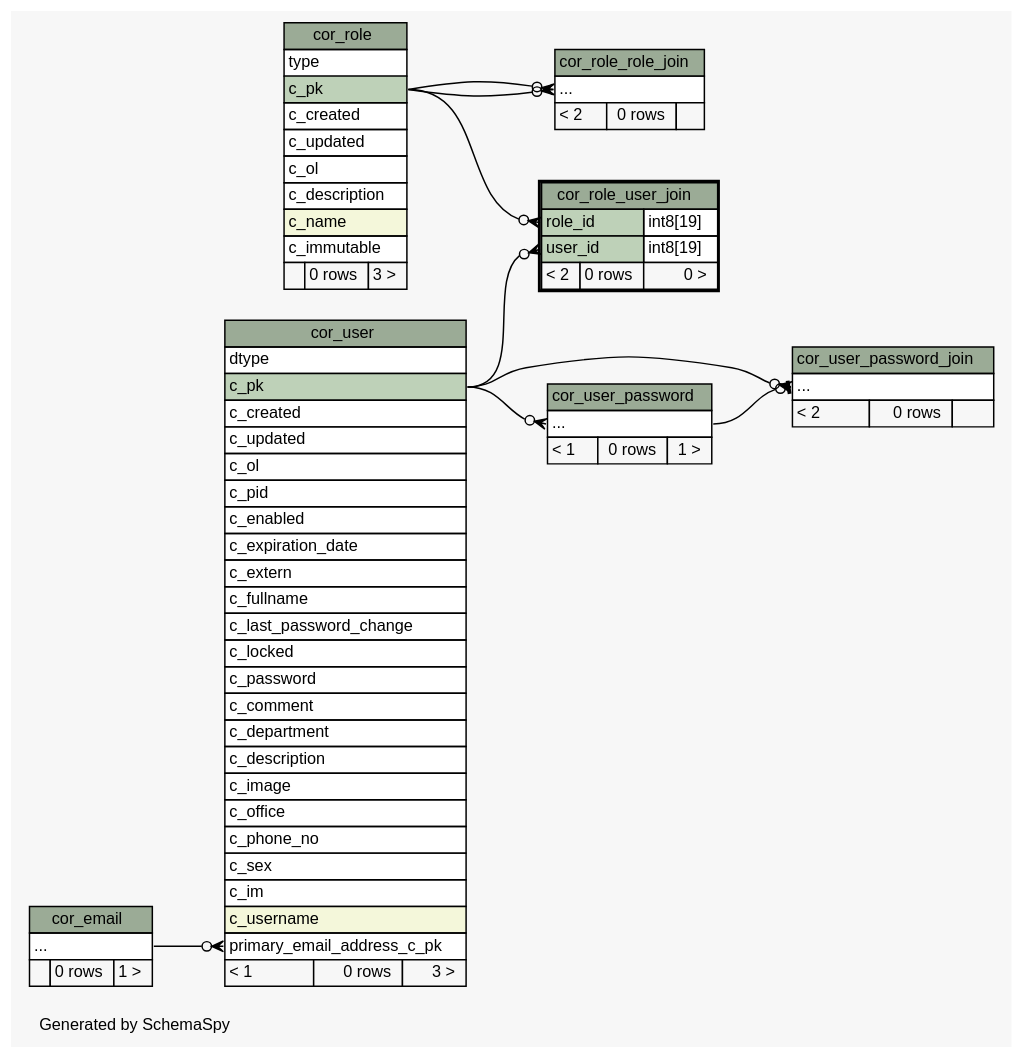
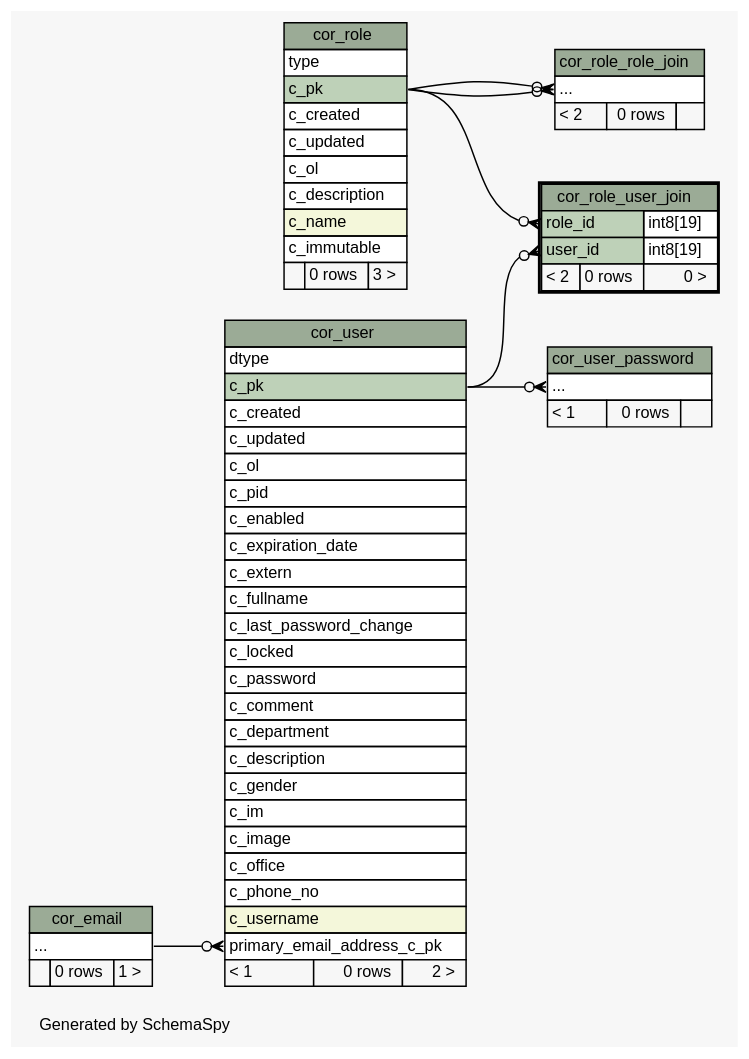
The diagram in schemaspy/diagrams/cor_role_user_join.2degrees.dot (openwms/org.openwms.core.uaa), drawn with Graphviz before and after one commit. The commit also changed 331 other files, not shown here.

```diff
--- a/schemaspy/diagrams/cor_role_user_join.2degrees.dot
+++ b/schemaspy/diagrams/cor_role_user_join.2degrees.dot
@@ -1,130 +1,118 @@
-// dot 2.36.0 on Linux 4.4.0-101-generic
+// dot 2.38.0 on Linux 4.15.0-1055-gcp
 // SchemaSpy rev Unknown
 digraph "twoDegreesRelationshipsDiagram" {
   graph [
     rankdir="RL"
     bgcolor="#f7f7f7"
     label="\nGenerated by SchemaSpy"
     labeljust="l"
     nodesep="0.18"
     ranksep="0.46"
     fontname="Helvetica"
     fontsize="11"
   ];
   node [
     fontname="Helvetica"
     fontsize="11"
     shape="plaintext"
   ];
   edge [
     arrowsize="0.8"
   ];
   "cor_role_role_join":"elipses":w -> "cor_role":"c_pk":e [arrowhead=none dir=back arrowtail=crowodot];
   "cor_role_role_join":"elipses":w -> "cor_role":"c_pk":e [arrowhead=none dir=back arrowtail=crowodot];
   "cor_role_user_join":"role_id":w -> "cor_role":"c_pk":e [arrowhead=none dir=back arrowtail=crowodot];
   "cor_role_user_join":"user_id":w -> "cor_user":"c_pk":e [arrowhead=none dir=back arrowtail=crowodot];
   "cor_user":"primary_email_address_c_pk":w -> "cor_email":"elipses":e [arrowhead=none dir=back arrowtail=crowodot];
   "cor_user_password":"elipses":w -> "cor_user":"c_pk":e [arrowhead=none dir=back arrowtail=crowodot];
-  "cor_user_password_join":"elipses":w -> "cor_user_password":"elipses":e [arrowhead=none dir=back arrowtail=teeodot];
-  "cor_user_password_join":"elipses":w -> "cor_user":"c_pk":e [arrowhead=none dir=back arrowtail=crowodot];
   "cor_email" [
     label=<
     <TABLE BORDER="0" CELLBORDER="1" CELLSPACING="0" BGCOLOR="#ffffff">
       <TR><TD COLSPAN="3" BGCOLOR="#9bab96" ALIGN="CENTER">cor_email</TD></TR>
       <TR><TD PORT="elipses" COLSPAN="3" ALIGN="LEFT">...</TD></TR>
       <TR><TD ALIGN="LEFT" BGCOLOR="#f7f7f7">  </TD><TD ALIGN="RIGHT" BGCOLOR="#f7f7f7">0 rows</TD><TD ALIGN="RIGHT" BGCOLOR="#f7f7f7">1 &gt;</TD></TR>
     </TABLE>>
     URL="cor_email.html"
     tooltip="cor_email"
   ];
   "cor_role" [
     label=<
     <TABLE BORDER="0" CELLBORDER="1" CELLSPACING="0" BGCOLOR="#ffffff">
       <TR><TD COLSPAN="3" BGCOLOR="#9bab96" ALIGN="CENTER">cor_role</TD></TR>
       <TR><TD PORT="type" COLSPAN="3" ALIGN="LEFT">type</TD></TR>
       <TR><TD PORT="c_pk" COLSPAN="3" BGCOLOR="#bed1b8" ALIGN="LEFT">c_pk</TD></TR>
       <TR><TD PORT="c_created" COLSPAN="3" ALIGN="LEFT">c_created</TD></TR>
       <TR><TD PORT="c_updated" COLSPAN="3" ALIGN="LEFT">c_updated</TD></TR>
       <TR><TD PORT="c_ol" COLSPAN="3" ALIGN="LEFT">c_ol</TD></TR>
       <TR><TD PORT="c_description" COLSPAN="3" ALIGN="LEFT">c_description</TD></TR>
       <TR><TD PORT="c_name" COLSPAN="3" BGCOLOR="#f4f7da" ALIGN="LEFT">c_name</TD></TR>
       <TR><TD PORT="c_immutable" COLSPAN="3" ALIGN="LEFT">c_immutable</TD></TR>
       <TR><TD ALIGN="LEFT" BGCOLOR="#f7f7f7">  </TD><TD ALIGN="RIGHT" BGCOLOR="#f7f7f7">0 rows</TD><TD ALIGN="RIGHT" BGCOLOR="#f7f7f7">3 &gt;</TD></TR>
     </TABLE>>
     URL="cor_role.html"
     tooltip="cor_role"
   ];
   "cor_role_role_join" [
     label=<
     <TABLE BORDER="0" CELLBORDER="1" CELLSPACING="0" BGCOLOR="#ffffff">
       <TR><TD COLSPAN="3" BGCOLOR="#9bab96" ALIGN="CENTER">cor_role_role_join</TD></TR>
       <TR><TD PORT="elipses" COLSPAN="3" ALIGN="LEFT">...</TD></TR>
       <TR><TD ALIGN="LEFT" BGCOLOR="#f7f7f7">&lt; 2</TD><TD ALIGN="RIGHT" BGCOLOR="#f7f7f7">0 rows</TD><TD ALIGN="RIGHT" BGCOLOR="#f7f7f7">  </TD></TR>
     </TABLE>>
     URL="cor_role_role_join.html"
     tooltip="cor_role_role_join"
   ];
   "cor_role_user_join" [
     label=<
     <TABLE BORDER="2" CELLBORDER="1" CELLSPACING="0" BGCOLOR="#ffffff">
       <TR><TD COLSPAN="3" BGCOLOR="#9bab96" ALIGN="CENTER">cor_role_user_join</TD></TR>
       <TR><TD PORT="role_id" COLSPAN="2" BGCOLOR="#bed1b8" ALIGN="LEFT">role_id</TD><TD PORT="role_id.type" ALIGN="LEFT">int8[19]</TD></TR>
       <TR><TD PORT="user_id" COLSPAN="2" BGCOLOR="#bed1b8" ALIGN="LEFT">user_id</TD><TD PORT="user_id.type" ALIGN="LEFT">int8[19]</TD></TR>
       <TR><TD ALIGN="LEFT" BGCOLOR="#f7f7f7">&lt; 2</TD><TD ALIGN="RIGHT" BGCOLOR="#f7f7f7">0 rows</TD><TD ALIGN="RIGHT" BGCOLOR="#f7f7f7">0 &gt;</TD></TR>
     </TABLE>>
     URL="cor_role_user_join.html"
     tooltip="cor_role_user_join"
   ];
   "cor_user" [
     label=<
     <TABLE BORDER="0" CELLBORDER="1" CELLSPACING="0" BGCOLOR="#ffffff">
       <TR><TD COLSPAN="3" BGCOLOR="#9bab96" ALIGN="CENTER">cor_user</TD></TR>
       <TR><TD PORT="dtype" COLSPAN="3" ALIGN="LEFT">dtype</TD></TR>
       <TR><TD PORT="c_pk" COLSPAN="3" BGCOLOR="#bed1b8" ALIGN="LEFT">c_pk</TD></TR>
       <TR><TD PORT="c_created" COLSPAN="3" ALIGN="LEFT">c_created</TD></TR>
       <TR><TD PORT="c_updated" COLSPAN="3" ALIGN="LEFT">c_updated</TD></TR>
       <TR><TD PORT="c_ol" COLSPAN="3" ALIGN="LEFT">c_ol</TD></TR>
       <TR><TD PORT="c_pid" COLSPAN="3" ALIGN="LEFT">c_pid</TD></TR>
       <TR><TD PORT="c_enabled" COLSPAN="3" ALIGN="LEFT">c_enabled</TD></TR>
       <TR><TD PORT="c_expiration_date" COLSPAN="3" ALIGN="LEFT">c_expiration_date</TD></TR>
       <TR><TD PORT="c_extern" COLSPAN="3" ALIGN="LEFT">c_extern</TD></TR>
       <TR><TD PORT="c_fullname" COLSPAN="3" ALIGN="LEFT">c_fullname</TD></TR>
       <TR><TD PORT="c_last_password_change" COLSPAN="3" ALIGN="LEFT">c_last_password_change</TD></TR>
       <TR><TD PORT="c_locked" COLSPAN="3" ALIGN="LEFT">c_locked</TD></TR>
       <TR><TD PORT="c_password" COLSPAN="3" ALIGN="LEFT">c_password</TD></TR>
       <TR><TD PORT="c_comment" COLSPAN="3" ALIGN="LEFT">c_comment</TD></TR>
       <TR><TD PORT="c_department" COLSPAN="3" ALIGN="LEFT">c_department</TD></TR>
       <TR><TD PORT="c_description" COLSPAN="3" ALIGN="LEFT">c_description</TD></TR>
+      <TR><TD PORT="c_gender" COLSPAN="3" ALIGN="LEFT">c_gender</TD></TR>
+      <TR><TD PORT="c_im" COLSPAN="3" ALIGN="LEFT">c_im</TD></TR>
       <TR><TD PORT="c_image" COLSPAN="3" ALIGN="LEFT">c_image</TD></TR>
       <TR><TD PORT="c_office" COLSPAN="3" ALIGN="LEFT">c_office</TD></TR>
       <TR><TD PORT="c_phone_no" COLSPAN="3" ALIGN="LEFT">c_phone_no</TD></TR>
-      <TR><TD PORT="c_sex" COLSPAN="3" ALIGN="LEFT">c_sex</TD></TR>
-      <TR><TD PORT="c_im" COLSPAN="3" ALIGN="LEFT">c_im</TD></TR>
       <TR><TD PORT="c_username" COLSPAN="3" BGCOLOR="#f4f7da" ALIGN="LEFT">c_username</TD></TR>
       <TR><TD PORT="primary_email_address_c_pk" COLSPAN="3" ALIGN="LEFT">primary_email_address_c_pk</TD></TR>
-      <TR><TD ALIGN="LEFT" BGCOLOR="#f7f7f7">&lt; 1</TD><TD ALIGN="RIGHT" BGCOLOR="#f7f7f7">0 rows</TD><TD ALIGN="RIGHT" BGCOLOR="#f7f7f7">3 &gt;</TD></TR>
+      <TR><TD ALIGN="LEFT" BGCOLOR="#f7f7f7">&lt; 1</TD><TD ALIGN="RIGHT" BGCOLOR="#f7f7f7">0 rows</TD><TD ALIGN="RIGHT" BGCOLOR="#f7f7f7">2 &gt;</TD></TR>
     </TABLE>>
     URL="cor_user.html"
     tooltip="cor_user"
   ];
   "cor_user_password" [
     label=<
     <TABLE BORDER="0" CELLBORDER="1" CELLSPACING="0" BGCOLOR="#ffffff">
       <TR><TD COLSPAN="3" BGCOLOR="#9bab96" ALIGN="CENTER">cor_user_password</TD></TR>
       <TR><TD PORT="elipses" COLSPAN="3" ALIGN="LEFT">...</TD></TR>
-      <TR><TD ALIGN="LEFT" BGCOLOR="#f7f7f7">&lt; 1</TD><TD ALIGN="RIGHT" BGCOLOR="#f7f7f7">0 rows</TD><TD ALIGN="RIGHT" BGCOLOR="#f7f7f7">1 &gt;</TD></TR>
+      <TR><TD ALIGN="LEFT" BGCOLOR="#f7f7f7">&lt; 1</TD><TD ALIGN="RIGHT" BGCOLOR="#f7f7f7">0 rows</TD><TD ALIGN="RIGHT" BGCOLOR="#f7f7f7">  </TD></TR>
     </TABLE>>
     URL="cor_user_password.html"
     tooltip="cor_user_password"
   ];
-  "cor_user_password_join" [
-    label=<
-    <TABLE BORDER="0" CELLBORDER="1" CELLSPACING="0" BGCOLOR="#ffffff">
-      <TR><TD COLSPAN="3" BGCOLOR="#9bab96" ALIGN="CENTER">cor_user_password_join</TD></TR>
-      <TR><TD PORT="elipses" COLSPAN="3" ALIGN="LEFT">...</TD></TR>
-      <TR><TD ALIGN="LEFT" BGCOLOR="#f7f7f7">&lt; 2</TD><TD ALIGN="RIGHT" BGCOLOR="#f7f7f7">0 rows</TD><TD ALIGN="RIGHT" BGCOLOR="#f7f7f7">  </TD></TR>
-    </TABLE>>
-    URL="cor_user_password_join.html"
-    tooltip="cor_user_password_join"
-  ];
 }
```
